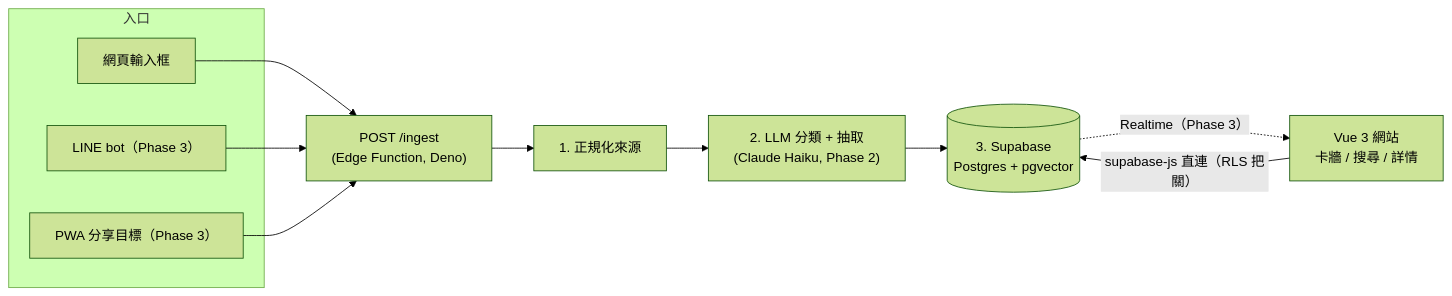
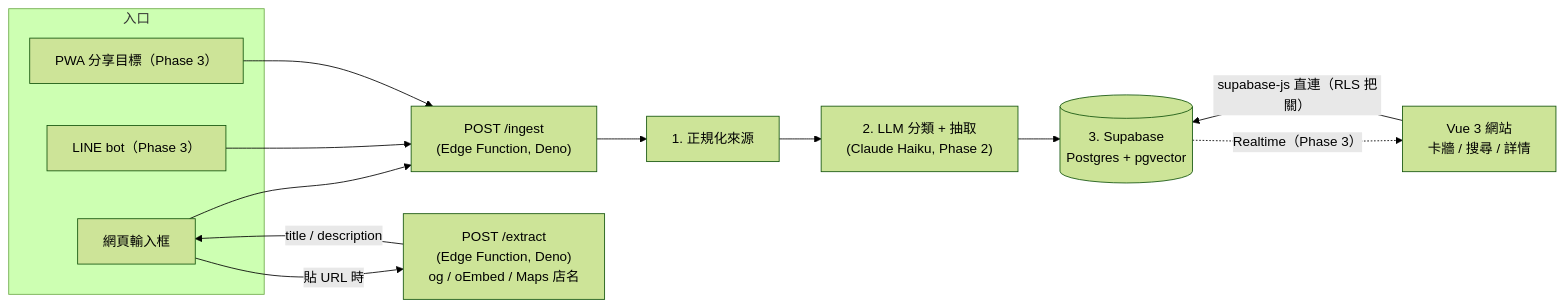
Before and after one commit to alvis9315/knowledge-inbox: the first of 2 diagrams in docs/architecture.md, drawn with Mermaid (forest theme). The commit also changed other lines of this file and 2 other files, not shown here.

First line of the commit message:
docs(H4): 架構文件同步——/extract 節點入圖、PLAN 更正已實作範圍、security 標注落實狀態

````diff
--- a/docs/architecture.md
+++ b/docs/architecture.md
@@ -10,16 +11,18 @@
 ```mermaid
 flowchart LR
   subgraph 入口
     A[網頁輸入框]
     B[LINE bot（Phase 3）]
     C[PWA 分享目標（Phase 3）]
   end
   A --> D
   B --> D
   C --> D
+  A -- 貼 URL 時 --> X["POST /extract<br>(Edge Function, Deno)<br>og / oEmbed / Maps 店名"]
+  X -- title / description --> A
   D["POST /ingest<br>(Edge Function, Deno)"] --> E[1. 正規化來源]
   E --> F["2. LLM 分類 + 抽取<br>(Claude Haiku, Phase 2)"]
   F --> G[("3. Supabase<br>Postgres + pgvector")]
   G -. Realtime（Phase 3） .-> H["Vue 3 網站<br>卡牆 / 搜尋 / 詳情"]
   H -- supabase-js 直連（RLS 把關） --> G
 ```
````
